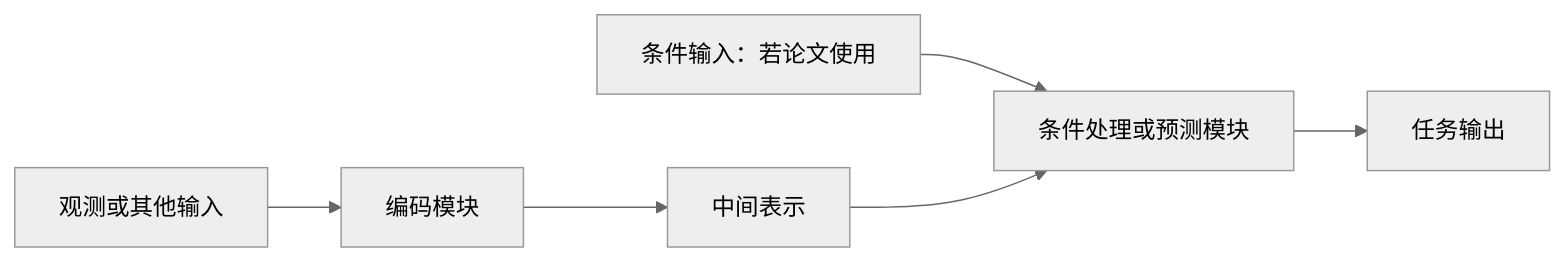
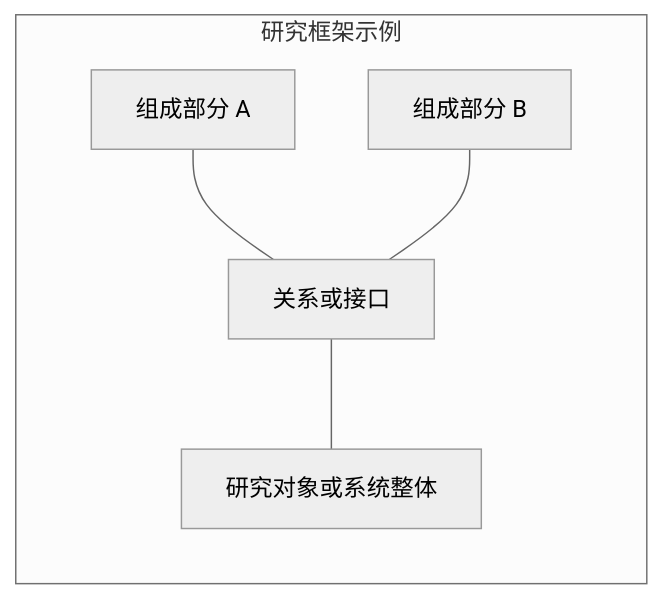
One commit to VinceTree/Paper-overview changed the second of 2 diagrams in references/overview-template.md. Above: the diagram before and after it, drawn with Mermaid (neutral theme). The commit also changed other lines of this file and 3 other files, not shown here.

````diff
--- a/references/overview-template.md
+++ b/references/overview-template.md
@@ -50,8 +51,8 @@
 ```mermaid
 flowchart LR
-    X[观测或其他输入] --> E[编码模块]
-    E --> Z[中间表示]
-    C[条件输入：若论文使用] --> P[条件处理或预测模块]
-    Z --> P
-    P --> Y[任务输出]
+    subgraph F[研究框架示例]
+        A[组成部分 A] --- R[关系或接口]
+        B[组成部分 B] --- R
+        R --- C[研究对象或系统整体]
+    end
 ```
````
